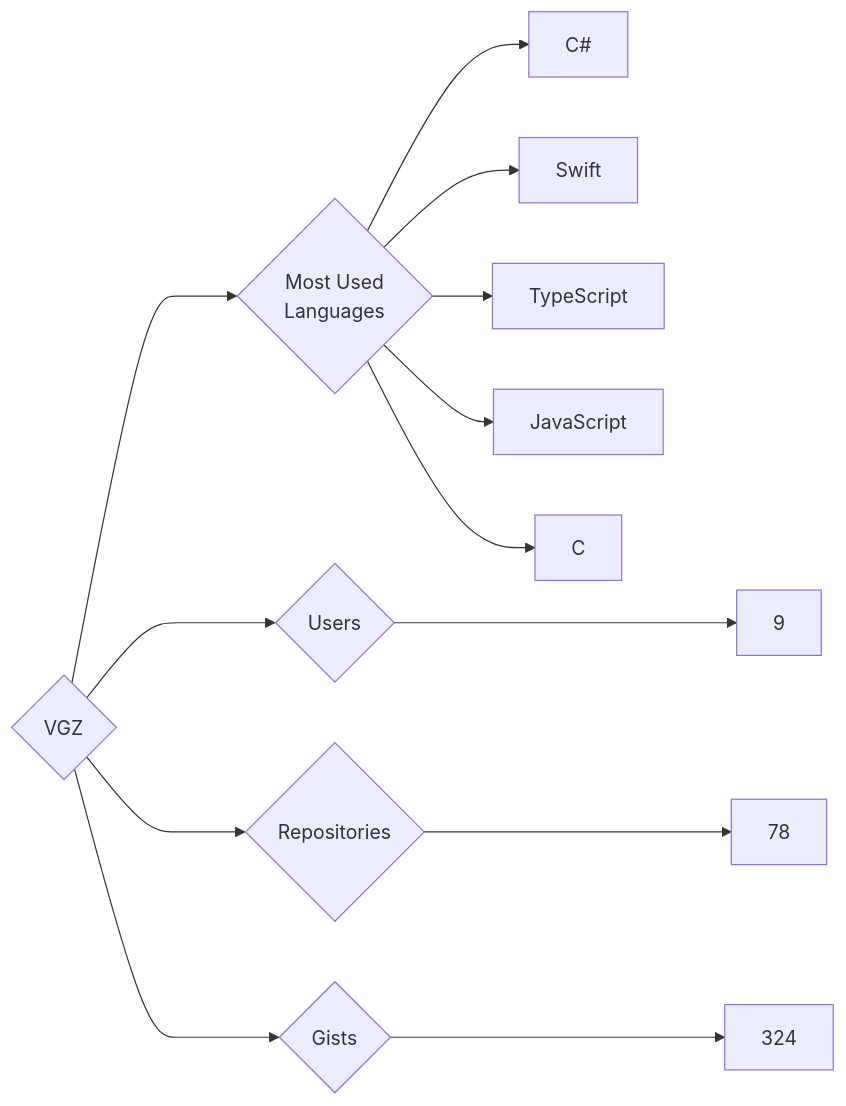
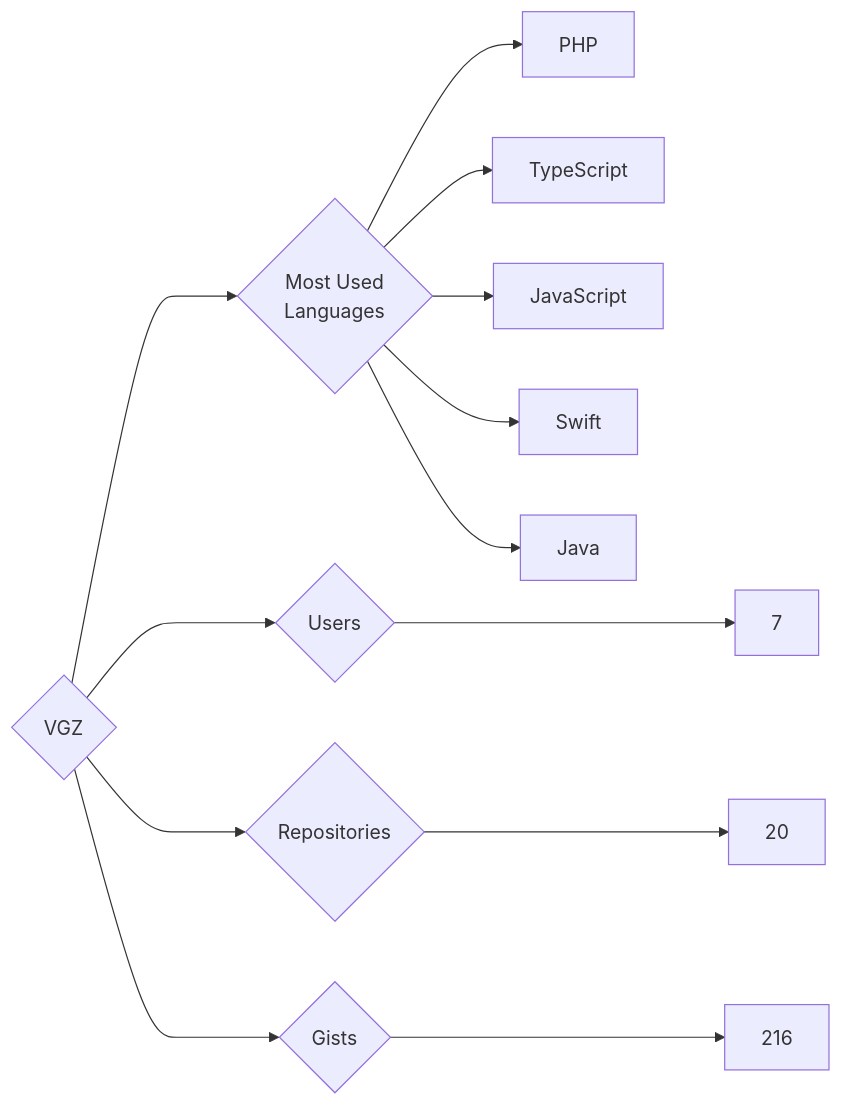
One commit to trickest/insiders changed the diagram in targets/VGZ/README.md. Above: the diagram before and after it, drawn with Mermaid. The commit also changed 748 other files, not shown here.

````diff
--- a/targets/VGZ/README.md
+++ b/targets/VGZ/README.md
@@ -3,13 +3,13 @@
 ```mermaid
 graph LR
 COMPANY_NAME{VGZ}
-COMPANY_NAME ---> U{Users} ---> UN[9]
-COMPANY_NAME ---> R{Repositories} ---> RN[78]
-COMPANY_NAME ---> G{Gists} ---> GN[324]
+COMPANY_NAME ---> U{Users} ---> UN[7]
+COMPANY_NAME ---> R{Repositories} ---> RN[20]
+COMPANY_NAME ---> G{Gists} ---> GN[216]
 COMPANY_NAME ---> ML{Most Used<br>Languages}
-ML --> C#[C#]
-ML --> Swift[Swift]
+ML --> PHP[PHP]
 ML --> TypeScript[TypeScript]
 ML --> JavaScript[JavaScript]
-ML --> C[C]
+ML --> Swift[Swift]
+ML --> Java[Java]
 ```
````
